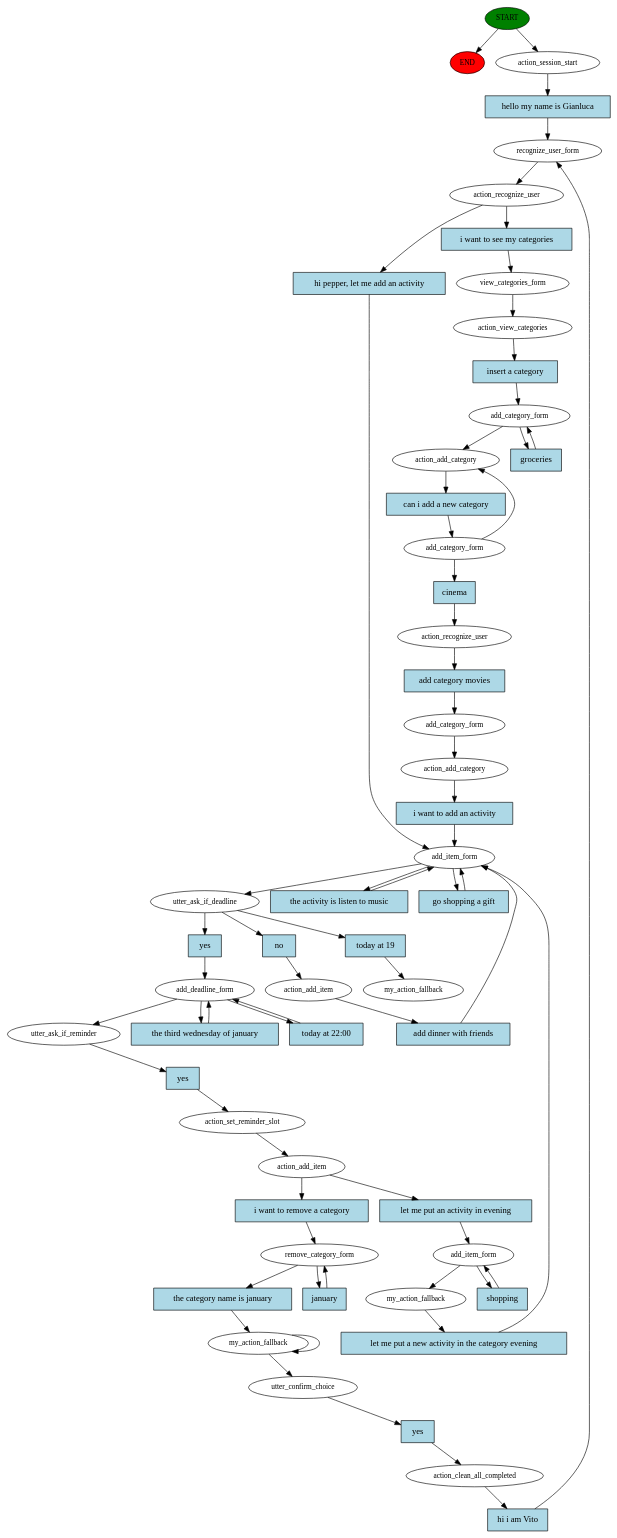
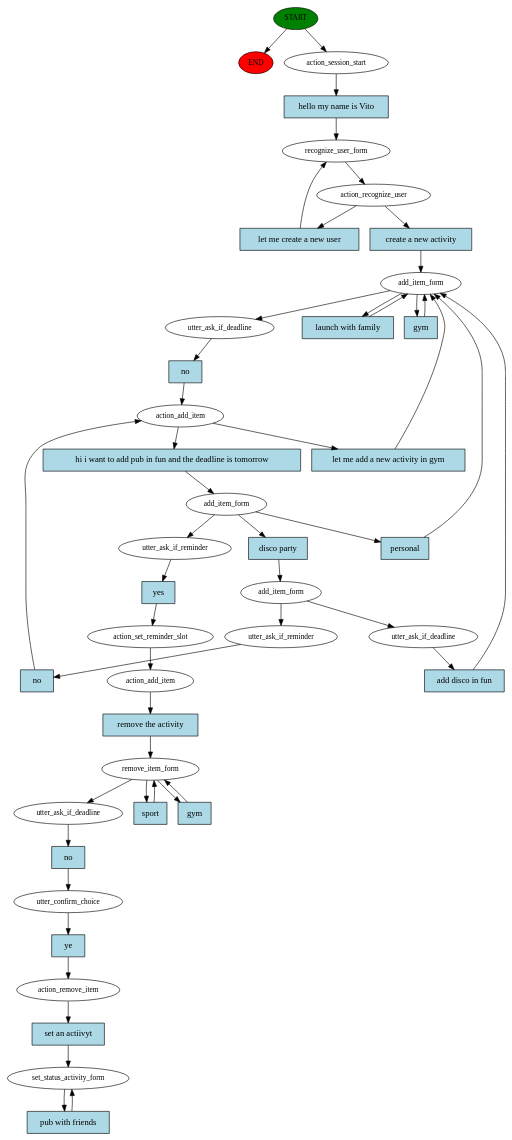
One commit to CamillaSpi/AI-To-Do-Assistant-Robot changed the diagram in src/rasa_ros/Cogrob_rasa_midterm/story_graph.dot. Above: the diagram before and after it, drawn with Graphviz. The commit also changed 8 other files, not shown here.

```diff
--- a/src/rasa_ros/Cogrob_rasa_midterm/story_graph.dot
+++ b/src/rasa_ros/Cogrob_rasa_midterm/story_graph.dot
@@ -1,120 +1,91 @@
 digraph  {
 0 [class="start active", fillcolor=green, fontsize=12, label=START, style=filled];
 "-1" [class=end, fillcolor=red, fontsize=12, label=END, style=filled];
 1 [class=active, fontsize=12, label=action_session_start];
 2 [class=active, fontsize=12, label=recognize_user_form];
 3 [class=active, fontsize=12, label=action_recognize_user];
-4 [class=active, fontsize=12, label=add_item_form];
-7 [class=active, fontsize=12, label=utter_ask_if_deadline];
-8 [class=active, fontsize=12, label=add_deadline_form];
-10 [class=active, fontsize=12, label=utter_ask_if_reminder];
-11 [class=active, fontsize=12, label=action_set_reminder_slot];
-12 [class=active, fontsize=12, label=action_add_item];
-13 [class=active, fontsize=12, label=remove_category_form];
-15 [class=active, fontsize=12, label=my_action_fallback];
-17 [class=active, fontsize=12, label=utter_confirm_choice];
-18 [class=active, fontsize=12, label=action_clean_all_completed];
-21 [class=active, fontsize=12, label=view_categories_form];
-22 [class=active, fontsize=12, label=action_view_categories];
-23 [class=active, fontsize=12, label=add_category_form];
-25 [class=active, fontsize=12, label=action_add_category];
-26 [class=active, fontsize=12, label=add_category_form];
-29 [class=active, fontsize=12, label=action_recognize_user];
-30 [class=active, fontsize=12, label=add_category_form];
-31 [class=active, fontsize=12, label=action_add_category];
-36 [class=active, fontsize=12, label=action_add_item];
-45 [class=active, fontsize=12, label=add_item_form];
-47 [class=active, fontsize=12, label=my_action_fallback];
-51 [class="dashed active", fontsize=12, label=my_action_fallback];
-52 [class="intent active", fillcolor=lightblue, label="hello my name is Gianluca", shape=rect, style=filled];
-53 [class="intent active", fillcolor=lightblue, label="hi pepper, let me add an activity", shape=rect, style=filled];
-54 [class="intent active", fillcolor=lightblue, label="i want to see my categories", shape=rect, style=filled];
-55 [class="intent active", fillcolor=lightblue, label="the activity is listen to music", shape=rect, style=filled];
-56 [class="intent active", fillcolor=lightblue, label="go shopping a gift", shape=rect, style=filled];
-57 [class="intent active", fillcolor=lightblue, label=yes, shape=rect, style=filled];
+6 [class=active, fontsize=12, label=add_item_form];
+9 [class=active, fontsize=12, label=utter_ask_if_deadline];
+10 [class=active, fontsize=12, label=action_add_item];
+15 [class=active, fontsize=12, label=add_item_form];
+20 [class=active, fontsize=12, label=add_item_form];
+21 [class=active, fontsize=12, label=utter_ask_if_reminder];
+25 [class=active, fontsize=12, label=utter_ask_if_deadline];
+30 [class=active, fontsize=12, label=utter_ask_if_reminder];
+31 [class=active, fontsize=12, label=action_set_reminder_slot];
+32 [class=active, fontsize=12, label=action_add_item];
+33 [class=active, fontsize=12, label=remove_item_form];
+37 [class=active, fontsize=12, label=utter_ask_if_deadline];
+38 [class=active, fontsize=12, label=utter_confirm_choice];
+39 [class=active, fontsize=12, label=action_remove_item];
+40 [class="active dashed", fontsize=12, label=set_status_activity_form];
+42 [class="intent active", fillcolor=lightblue, label="hello my name is Vito", shape=rect, style=filled];
+43 [class="intent active", fillcolor=lightblue, label="let me create a new user", shape=rect, style=filled];
+44 [class="intent active", fillcolor=lightblue, label="create a new activity", shape=rect, style=filled];
+45 [class="intent active", fillcolor=lightblue, label="launch with family", shape=rect, style=filled];
+46 [class="intent active", fillcolor=lightblue, label=gym, shape=rect, style=filled];
+47 [class="intent active", fillcolor=lightblue, label=no, shape=rect, style=filled];
+48 [class="intent active", fillcolor=lightblue, label="hi i want to add pub in fun and the deadline is tomorrow", shape=rect, style=filled];
+49 [class="intent active", fillcolor=lightblue, label="let me add a new activity in gym", shape=rect, style=filled];
+50 [class="intent active", fillcolor=lightblue, label="disco party", shape=rect, style=filled];
+51 [class="intent active", fillcolor=lightblue, label=personal, shape=rect, style=filled];
+52 [class="intent active", fillcolor=lightblue, label=no, shape=rect, style=filled];
+53 [class="intent active", fillcolor=lightblue, label="add disco in fun", shape=rect, style=filled];
+54 [class="intent active", fillcolor=lightblue, label=yes, shape=rect, style=filled];
+55 [class="intent active", fillcolor=lightblue, label="remove the activity", shape=rect, style=filled];
+56 [class="intent active", fillcolor=lightblue, label=sport, shape=rect, style=filled];
+57 [class="intent active", fillcolor=lightblue, label=gym, shape=rect, style=filled];
 58 [class="intent active", fillcolor=lightblue, label=no, shape=rect, style=filled];
-59 [class="intent active", fillcolor=lightblue, label="today at 19", shape=rect, style=filled];
-60 [class="intent active", fillcolor=lightblue, label="the third wednesday of january", shape=rect, style=filled];
-61 [class="intent active", fillcolor=lightblue, label="today at 22:00", shape=rect, style=filled];
-62 [class="intent active", fillcolor=lightblue, label=yes, shape=rect, style=filled];
-63 [class="intent active", fillcolor=lightblue, label="i want to remove a category", shape=rect, style=filled];
-64 [class="intent active", fillcolor=lightblue, label="let me put an activity in evening", shape=rect, style=filled];
-65 [class="intent active", fillcolor=lightblue, label="the category name is january", shape=rect, style=filled];
-66 [class="intent active", fillcolor=lightblue, label=january, shape=rect, style=filled];
-67 [class="intent active", fillcolor=lightblue, label=yes, shape=rect, style=filled];
-68 [class="intent active", fillcolor=lightblue, label="hi i am Vito", shape=rect, style=filled];
-69 [class="intent active", fillcolor=lightblue, label="insert a category", shape=rect, style=filled];
-70 [class="intent active", fillcolor=lightblue, label=groceries, shape=rect, style=filled];
-71 [class="intent active", fillcolor=lightblue, label="can i add a new category", shape=rect, style=filled];
-72 [class="intent active", fillcolor=lightblue, label=cinema, shape=rect, style=filled];
-73 [class="intent active", fillcolor=lightblue, label="add category movies", shape=rect, style=filled];
-74 [class="intent active", fillcolor=lightblue, label="i want to add an activity", shape=rect, style=filled];
-75 [class="intent active", fillcolor=lightblue, label="add dinner with friends", shape=rect, style=filled];
-76 [class="intent active", fillcolor=lightblue, label=shopping, shape=rect, style=filled];
-77 [class="intent active", fillcolor=lightblue, label="let me put a new activity in the category evening", shape=rect, style=filled];
+59 [class="intent active", fillcolor=lightblue, label=ye, shape=rect, style=filled];
+60 [class="intent active", fillcolor=lightblue, label="set an actiivyt", shape=rect, style=filled];
+61 [class="intent active", fillcolor=lightblue, label="pub with friends", shape=rect, style=filled];
 0 -> "-1"  [class="", key=NONE, label=""];
 0 -> 1  [class=active, key=NONE, label=""];
-1 -> 52  [class=active, key=0];
+1 -> 42  [class=active, key=0];
 2 -> 3  [class=active, key=NONE, label=""];
-3 -> 53  [class=active, key=0];
-3 -> 54  [class=active, key=0];
-4 -> 7  [class=active, key=NONE, label=""];
-4 -> 55  [class=active, key=0];
-4 -> 56  [class=active, key=0];
-7 -> 57  [class=active, key=0];
-7 -> 58  [class=active, key=0];
-7 -> 59  [class=active, key=0];
-8 -> 10  [class=active, key=NONE, label=""];
-8 -> 60  [class=active, key=0];
-8 -> 61  [class=active, key=0];
-10 -> 62  [class=active, key=0];
-11 -> 12  [class=active, key=NONE, label=""];
-12 -> 63  [class=active, key=0];
-12 -> 64  [class=active, key=0];
-13 -> 65  [class=active, key=0];
-13 -> 66  [class=active, key=0];
-15 -> 17  [class=active, key=NONE, label=""];
-15 -> 15  [class=active, key=NONE, label=""];
-17 -> 67  [class=active, key=0];
-18 -> 68  [class=active, key=0];
-21 -> 22  [class=active, key=NONE, label=""];
-22 -> 69  [class=active, key=0];
-23 -> 25  [class=active, key=NONE, label=""];
-23 -> 70  [class=active, key=0];
-25 -> 71  [class=active, key=0];
-26 -> 25  [class=active, key=NONE, label=""];
-26 -> 72  [class=active, key=0];
-29 -> 73  [class=active, key=0];
-30 -> 31  [class=active, key=NONE, label=""];
-31 -> 74  [class=active, key=0];
-36 -> 75  [class=active, key=0];
-45 -> 47  [class=active, key=NONE, label=""];
-45 -> 76  [class=active, key=0];
-47 -> 77  [class=active, key=0];
-52 -> 2  [class=active, key=0];
-53 -> 4  [class=active, key=0];
-54 -> 21  [class=active, key=0];
-55 -> 4  [class=active, key=0];
-56 -> 4  [class=active, key=0];
-57 -> 8  [class=active, key=0];
-58 -> 36  [class=active, key=0];
-59 -> 51  [class=active, key=0];
-60 -> 8  [class=active, key=0];
-61 -> 8  [class=active, key=0];
-62 -> 11  [class=active, key=0];
-63 -> 13  [class=active, key=0];
-64 -> 45  [class=active, key=0];
-65 -> 15  [class=active, key=0];
-66 -> 13  [class=active, key=0];
-67 -> 18  [class=active, key=0];
-68 -> 2  [class=active, key=0];
-69 -> 23  [class=active, key=0];
-70 -> 23  [class=active, key=0];
-71 -> 26  [class=active, key=0];
-72 -> 29  [class=active, key=0];
-73 -> 30  [class=active, key=0];
-74 -> 4  [class=active, key=0];
-75 -> 4  [class=active, key=0];
-76 -> 45  [class=active, key=0];
-77 -> 4  [class=active, key=0];
+3 -> 43  [class=active, key=0];
+3 -> 44  [class=active, key=0];
+6 -> 9  [class=active, key=NONE, label=""];
+6 -> 45  [class=active, key=0];
+6 -> 46  [class=active, key=0];
+9 -> 47  [class=active, key=0];
+10 -> 48  [class=active, key=0];
+10 -> 49  [class=active, key=0];
+15 -> 30  [class=active, key=NONE, label=""];
+15 -> 50  [class=active, key=0];
+15 -> 51  [class=active, key=0];
+20 -> 21  [class=active, key=NONE, label=""];
+20 -> 25  [class=active, key=NONE, label=""];
+21 -> 52  [class=active, key=0];
+25 -> 53  [class=active, key=0];
+30 -> 54  [class=active, key=0];
+31 -> 32  [class=active, key=NONE, label=""];
+32 -> 55  [class=active, key=0];
+33 -> 37  [class=active, key=NONE, label=""];
+33 -> 56  [class=active, key=0];
+33 -> 57  [class=active, key=0];
+37 -> 58  [class=active, key=0];
+38 -> 59  [class=active, key=0];
+39 -> 60  [class=active, key=0];
+40 -> 61  [class=active, key=0];
+42 -> 2  [class=active, key=0];
+43 -> 2  [class=active, key=0];
+44 -> 6  [class=active, key=0];
+45 -> 6  [class=active, key=0];
+46 -> 6  [class=active, key=0];
+47 -> 10  [class=active, key=0];
+48 -> 15  [class=active, key=0];
+49 -> 6  [class=active, key=0];
+50 -> 20  [class=active, key=0];
+51 -> 6  [class=active, key=0];
+52 -> 10  [class=active, key=0];
+53 -> 6  [class=active, key=0];
+54 -> 31  [class=active, key=0];
+55 -> 33  [class=active, key=0];
+56 -> 33  [class=active, key=0];
+57 -> 33  [class=active, key=0];
+58 -> 38  [class=active, key=0];
+59 -> 39  [class=active, key=0];
+60 -> 40  [class=active, key=0];
+61 -> 40  [class=active, key=0];
 }
```
